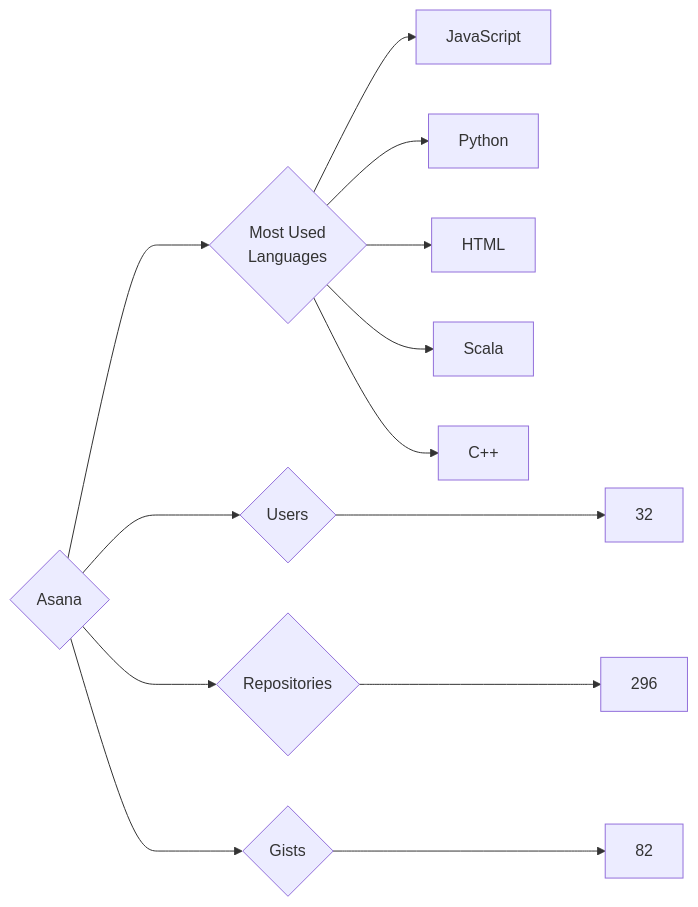
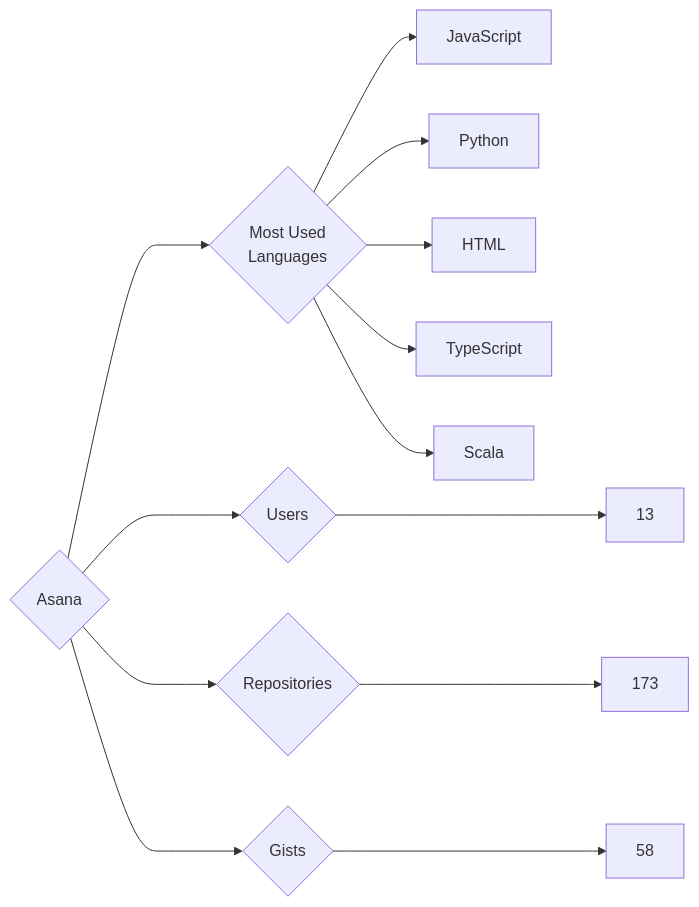
One commit to trickest/insiders changed the diagram in targets/Asana/README.md. Above: the diagram before and after it, drawn with Mermaid. The commit also changed 440 other files, not shown here.

````diff
--- a/targets/Asana/README.md
+++ b/targets/Asana/README.md
@@ -3,13 +3,13 @@
 ```mermaid
 graph LR
 COMPANY_NAME{Asana}
-COMPANY_NAME ---> U{Users} ---> UN[32]
-COMPANY_NAME ---> R{Repositories} ---> RN[296]
-COMPANY_NAME ---> G{Gists} ---> GN[82]
+COMPANY_NAME ---> U{Users} ---> UN[13]
+COMPANY_NAME ---> R{Repositories} ---> RN[173]
+COMPANY_NAME ---> G{Gists} ---> GN[58]
 COMPANY_NAME ---> ML{Most Used<br>Languages}
 ML --> JavaScript[JavaScript]
 ML --> Python[Python]
 ML --> HTML[HTML]
+ML --> TypeScript[TypeScript]
 ML --> Scala[Scala]
-ML --> C++[C++]
 ```
````
